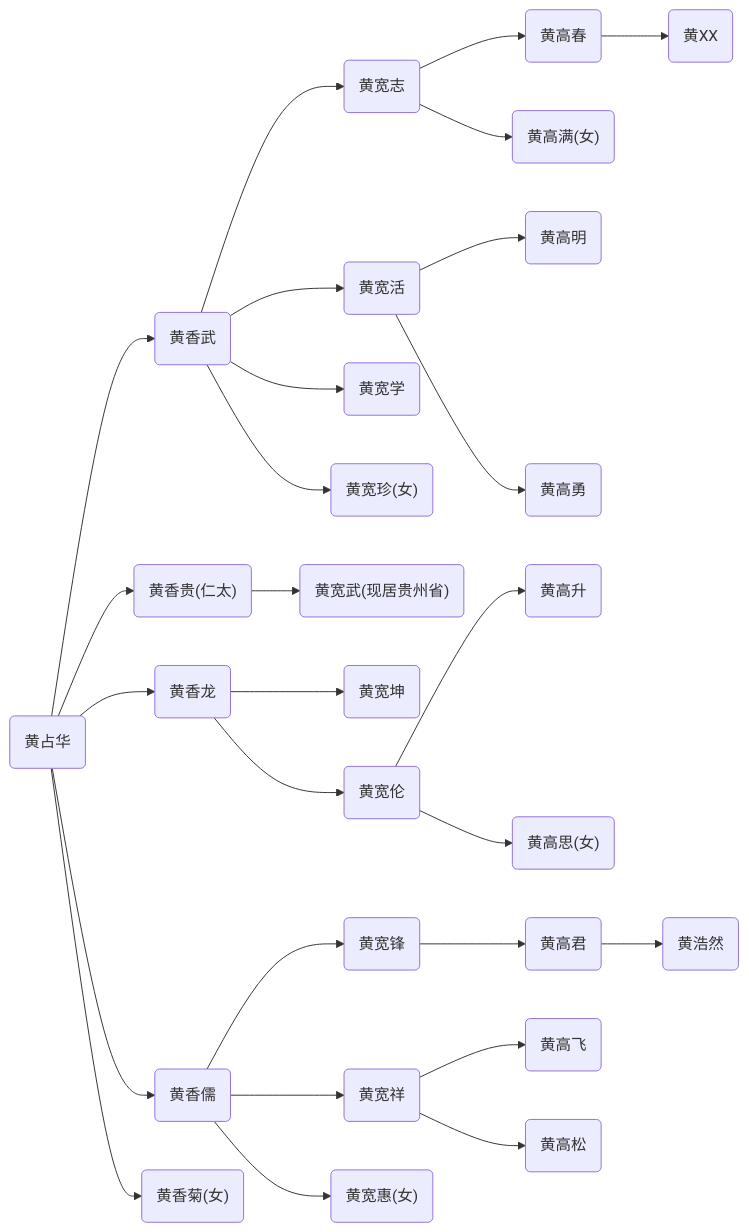
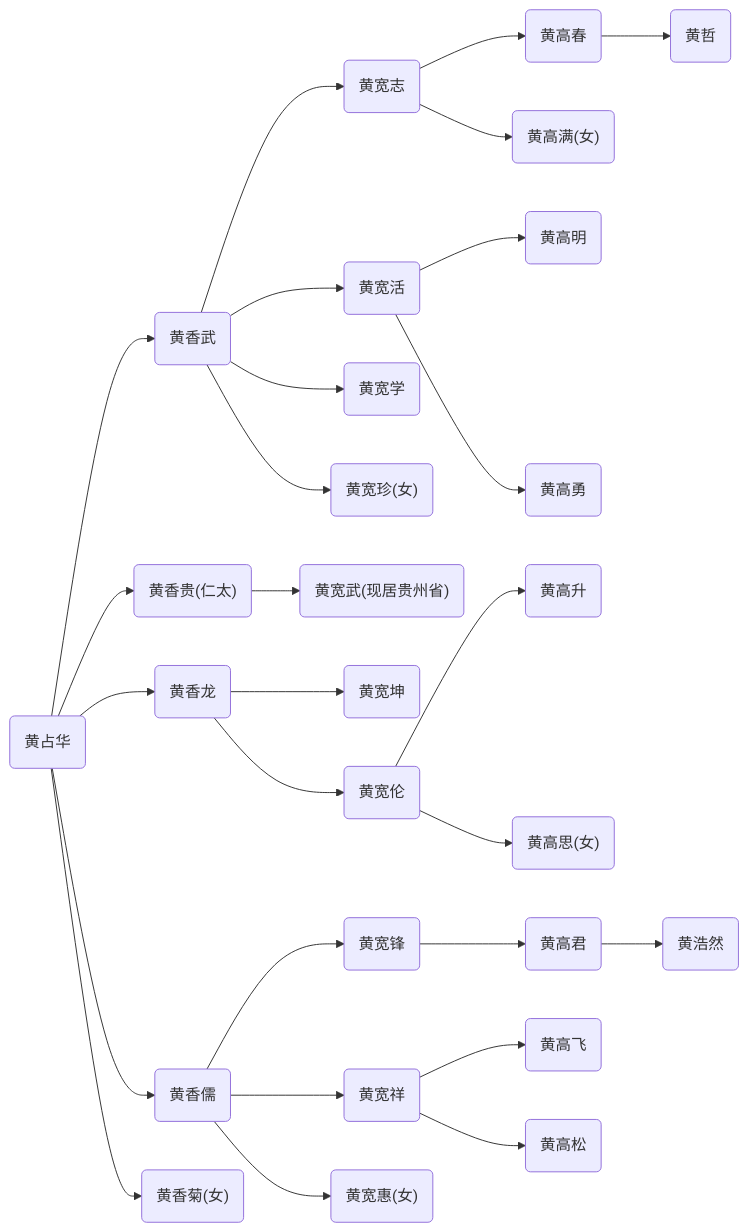
The third of 6 diagrams in contents/chapter3.md (jeanim/jiapu), drawn with Mermaid before and after one commit. The commit also changed other lines of this file and 2 other files, not shown here.

```diff
--- a/contents/chapter3.md
+++ b/contents/chapter3.md
@@ -294,29 +294,29 @@
 {% mermaid %}
 graph LR;
   huangzhanhua("黄占华")-->huangxiangwu("黄香武");
   huangxiangwu("黄香武")-->huangkuanzhi("黄宽志");
   huangkuanzhi("黄宽志")-->huanggaochun("黄高春");
-  huanggaochun("黄高春")-->huangxx("黄XX");
+  huanggaochun("黄高春")-->huangzhe("黄哲");
   huangkuanzhi("黄宽志")-->huanggaoman("黄高满(女)");
   huangxiangwu("黄香武")-->huangkuanhuo("黄宽活");
   huangkuanhuo("黄宽活")-->huanggaoming("黄高明");
   huangkuanhuo("黄宽活")-->huanggaoyong("黄高勇");
   huangxiangwu("黄香武")-->huangkuanxue("黄宽学");
   huangxiangwu("黄香武")-->huangkuanzhen("黄宽珍(女)");
   huangzhanhua("黄占华")-->huangxianggui("黄香贵(仁太)");
   huangxianggui("黄香贵(仁太)")-->huangkuanwu("黄宽武(现居贵州省)");
   huangzhanhua("黄占华")-->huangxianglong("黄香龙");
   huangxianglong("黄香龙")-->huangkuankun("黄宽坤");
   huangxianglong("黄香龙")-->huangkuanlun("黄宽伦");
   huangkuanlun("黄宽伦")-->huanggaosheng("黄高升");
   huangkuanlun("黄宽伦")-->huanggaosi("黄高思(女)");
   huangzhanhua("黄占华")-->huangxiangru("黄香儒");
   huangxiangru("黄香儒")-->huangkuanfeng("黄宽锋");
   huangkuanfeng("黄宽锋")-->huanggaojun("黄高君");
   huanggaojun("黄高君")-->huanghaoran("黄浩然");
   huangxiangru("黄香儒")-->huangkuanxiang("黄宽祥");
   huangkuanxiang("黄宽祥")-->huanggaofei("黄高飞");
   huangkuanxiang("黄宽祥")-->huanggaosong("黄高松");
   huangxiangru("黄香儒")-->huangkuanhui("黄宽惠(女)");
   huangzhanhua("黄占华")-->huangxiangju("黄香菊(女)");
 {% endmermaid %}
```
